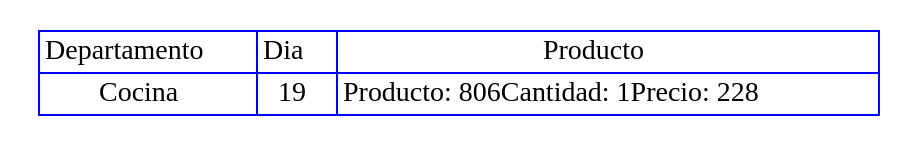
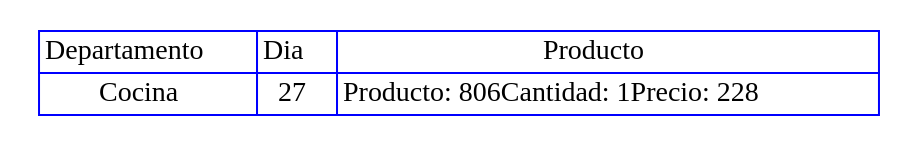
Before and after one commit to JOSE6755/EDD_FASE2: the diagram in Proyecto1EDD/Agosto e Hijos-4-2021-Pedidos.dot, drawn with Graphviz. The commit also changed 88 other files, not shown here.

```diff
--- a/Proyecto1EDD/Agosto e Hijos-4-2021-Pedidos.dot
+++ b/Proyecto1EDD/Agosto e Hijos-4-2021-Pedidos.dot
@@ -1,15 +1,15 @@
 digraph {
     tbl[
      shape=plaintext
      label=<
      <table border='0' cellborder='1' color='blue' cellspacing='0'>
 <tr> <td>Departamento</td> <td> Dia </td> <td>Producto</td></tr>
 <tr>
 <td>Cocina</td>
-<td>19</td>
+<td>27</td>
 <td>Producto: 806
 Cantidad: 1
 Precio: 228</td>
 </tr></table>
     >];
 }
```
